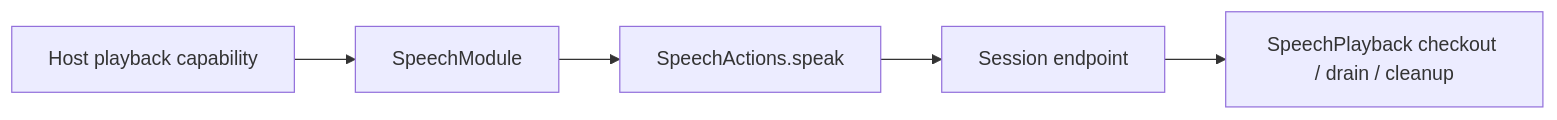
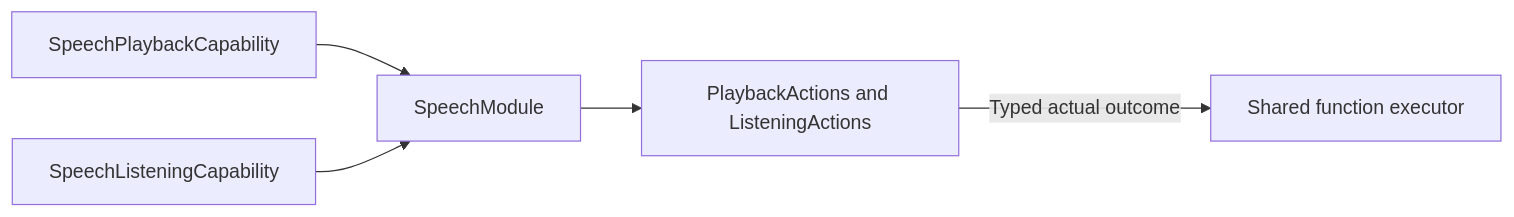
The diagram in MobileHarness/Actions/Speech/Support/README.md (devilyouwei/MobileHarness), drawn with Mermaid before and after one commit. The commit also changed other lines of this file and 116 other files, not shown here.

````diff
--- a/MobileHarness/Actions/Speech/Support/README.md
+++ b/MobileHarness/Actions/Speech/Support/README.md
@@ -7,7 +15,7 @@
 ```mermaid
 flowchart LR
-    Capability[Host playback capability] --> Module[SpeechModule]
-    Module --> Entry[SpeechActions.speak]
-    Entry --> Host[Session endpoint]
-    Host --> Playback[SpeechPlayback checkout / drain / cleanup]
+ Playback[SpeechPlaybackCapability] --> Module[SpeechModule]
+ Listening[SpeechListeningCapability] --> Module
+ Module --> Functions[PlaybackActions and ListeningActions]
+ Functions -->|Typed actual outcome| Runtime[Shared function executor]
 ```
````
